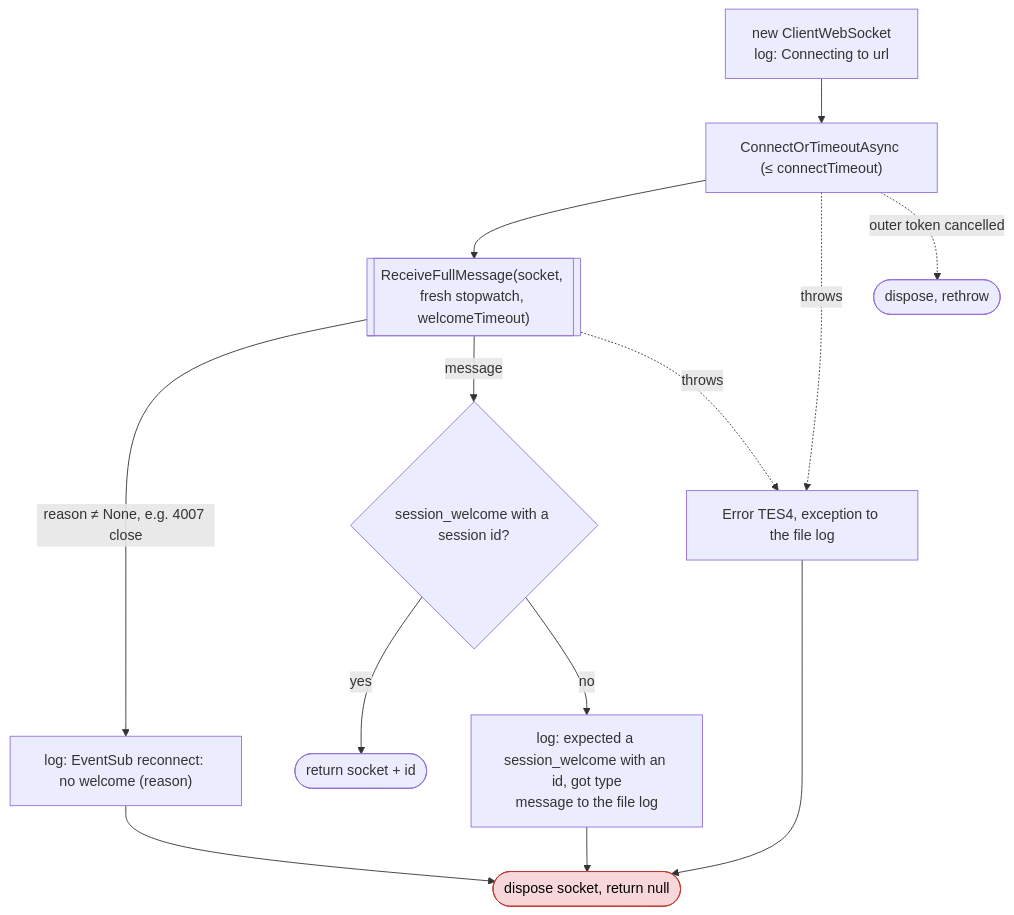
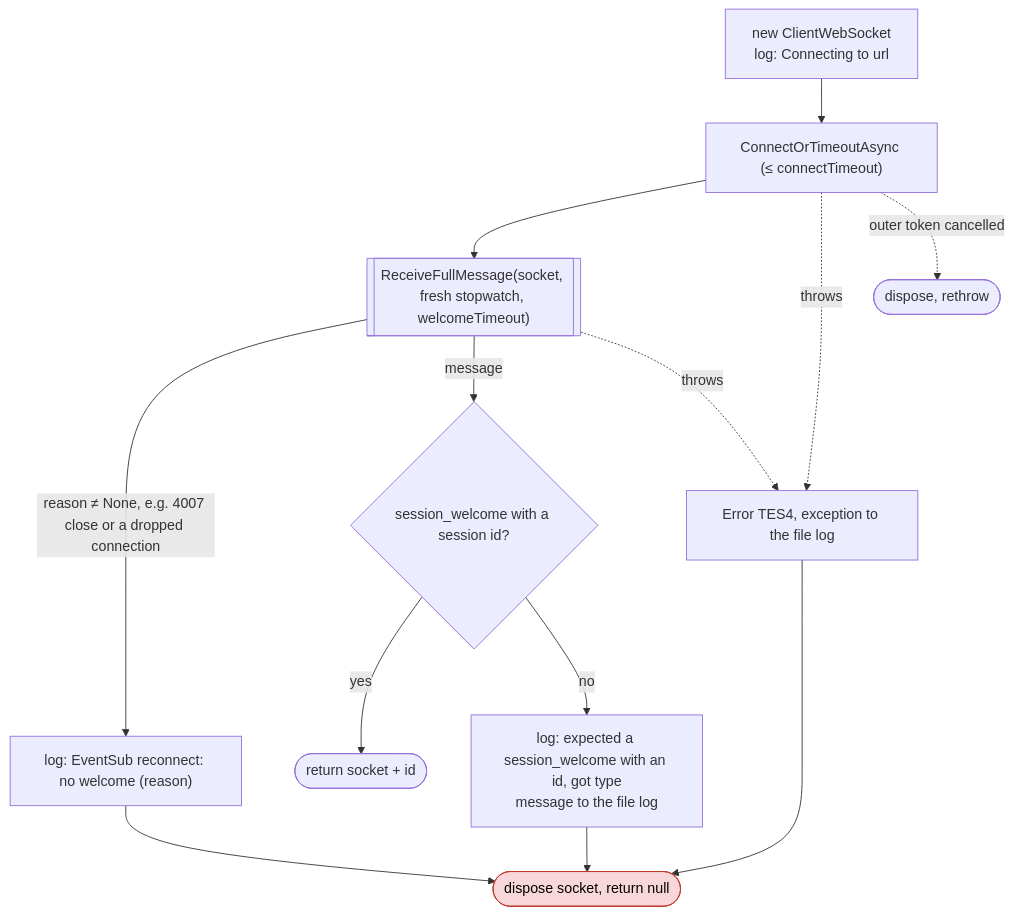
The fifth of 7 diagrams in StreamAssistant2/docs/eventsub-flow.md (lotsofs/StreamAssistant), drawn with Mermaid before and after one commit. The commit also changed other lines of this file and 9 other files, not shown here.

````diff
--- a/StreamAssistant2/docs/eventsub-flow.md
+++ b/StreamAssistant2/docs/eventsub-flow.md
@@ -133,15 +133,15 @@
 ```mermaid
 flowchart TD
     mk["new ClientWebSocket<br/>log: Connecting to url"] --> conn["ConnectOrTimeoutAsync (≤ connectTimeout)"]
     conn --> first[["ReceiveFullMessage(socket, fresh stopwatch, welcomeTimeout)"]]
-    first -- "reason ≠ None, e.g. 4007 close" --> nowel["log: EventSub reconnect: no welcome (reason)"] --> fail
+    first -- "reason ≠ None, e.g. 4007 close or a dropped connection" --> nowel["log: EventSub reconnect: no welcome (reason)"] --> fail
     first -- message --> isw{"session_welcome with a session id?"}
     isw -- yes --> ok(["return socket + id"])
     isw -- no --> wrong["log: expected a session_welcome with an id, got type<br/>message to the file log"] --> fail
     conn -.->|throws| tes4["Error TES4, exception to the file log"]
     first -.->|throws| tes4
     tes4 --> fail(["dispose socket, return null"]):::exit
     conn -.->|"outer token cancelled"| rethrow(["dispose, rethrow"])
 
     classDef exit fill:#f8d7da,stroke:#c0392b,color:#000
 ```
````
